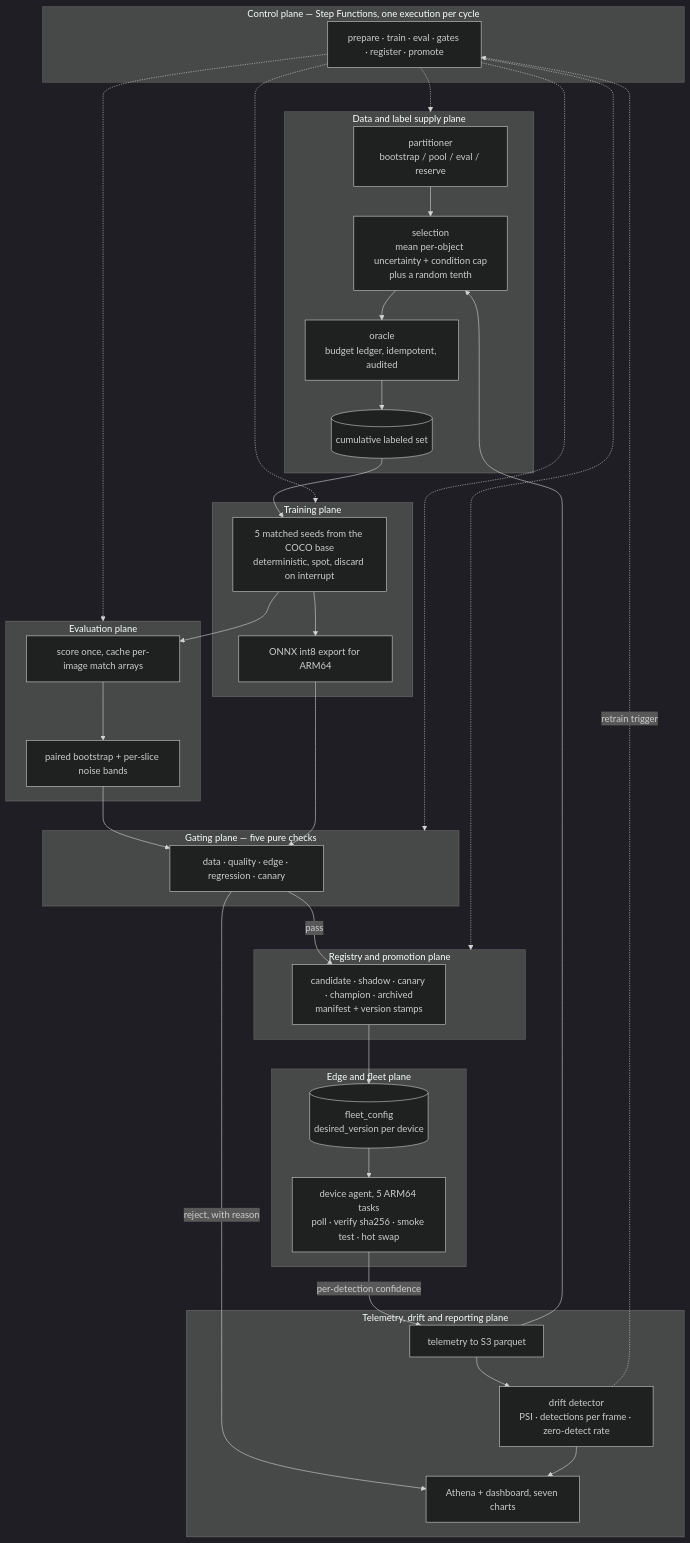
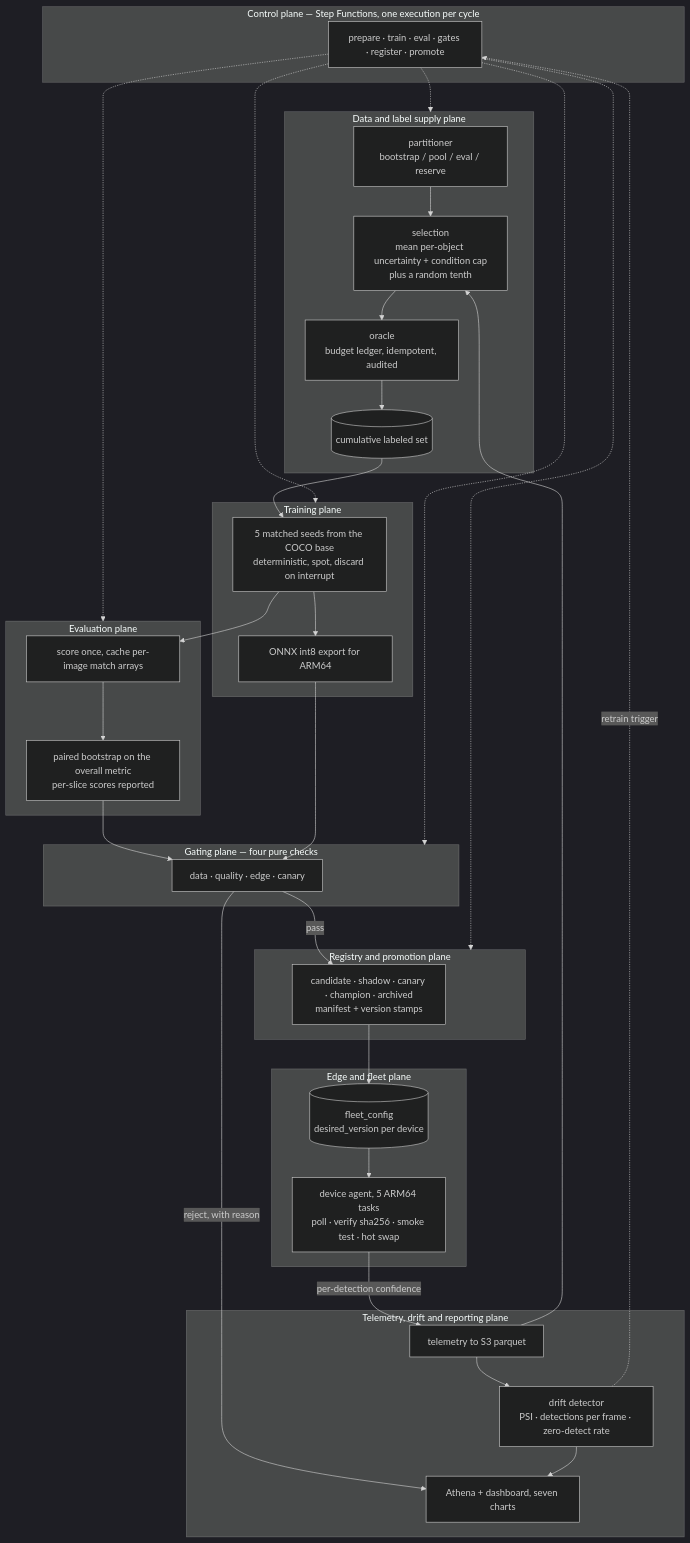
One commit to arnavnair220/edge-ml-flywheel changed the diagram in docs/00-overview.md. Above: the diagram before and after it, drawn with Mermaid (dark theme). The commit also changed other lines of this file and 12 other files, not shown here.

````diff
--- a/docs/00-overview.md
+++ b/docs/00-overview.md
@@ -85,67 +84,67 @@
 ```mermaid
 flowchart TB
     subgraph CTRL["Control plane — Step Functions, one execution per cycle"]
         SFN["prepare · train · eval · gates · register · promote"]
     end
 
     subgraph DATA["Data and label supply plane"]
         PART["partitioner<br/>bootstrap / pool / eval / reserve"]
         SEL["selection<br/>mean per-object uncertainty + condition cap<br/>plus a random tenth"]
         ORACLE["oracle<br/>budget ledger, idempotent, audited"]
         POOL[("cumulative labeled set")]
     end
 
     subgraph TRAIN["Training plane"]
         SEEDS["5 matched seeds from the COCO base<br/>deterministic, spot, discard on interrupt"]
         EXPORT["ONNX int8 export for ARM64"]
     end
 
     subgraph EVAL["Evaluation plane"]
         SCORE["score once, cache per-image match arrays"]
-        BOOT["paired bootstrap + per-slice noise bands"]
+        BOOT["paired bootstrap on the overall metric<br/>per-slice scores reported"]
     end
 
-    subgraph GATE["Gating plane — five pure checks"]
-        G["data · quality · edge · regression · canary"]
+    subgraph GATE["Gating plane — four pure checks"]
+        G["data · quality · edge · canary"]
     end
 
     subgraph REG["Registry and promotion plane"]
         SM["candidate · shadow · canary · champion · archived<br/>manifest + version stamps"]
     end
 
     subgraph EDGE["Edge and fleet plane"]
         CFG[("fleet_config<br/>desired_version per device")]
         AGENT["device agent, 5 ARM64 tasks<br/>poll · verify sha256 · smoke test · hot swap"]
     end
 
     subgraph OBS["Telemetry, drift and reporting plane"]
         TEL["telemetry to S3 parquet"]
         DRIFT["drift detector<br/>PSI · detections per frame · zero-detect rate"]
         DASH["Athena + dashboard, seven charts"]
     end
 
     PART --> SEL
     SEL --> ORACLE
     ORACLE --> POOL
     POOL --> SEEDS
     SEEDS --> SCORE
     SCORE --> BOOT
     BOOT --> G
     SEEDS --> EXPORT
     EXPORT --> G
     G -->|pass| SM
     G -->|"reject, with reason"| DASH
     SM --> CFG
     CFG --> AGENT
     AGENT -->|"per-detection confidence"| TEL
     TEL --> SEL
     TEL --> DRIFT
     DRIFT --> DASH
     DRIFT -.->|"retrain trigger"| SFN
 
     SFN -.-> DATA
     SFN -.-> TRAIN
     SFN -.-> EVAL
     SFN -.-> GATE
     SFN -.-> REG
 ```
````
